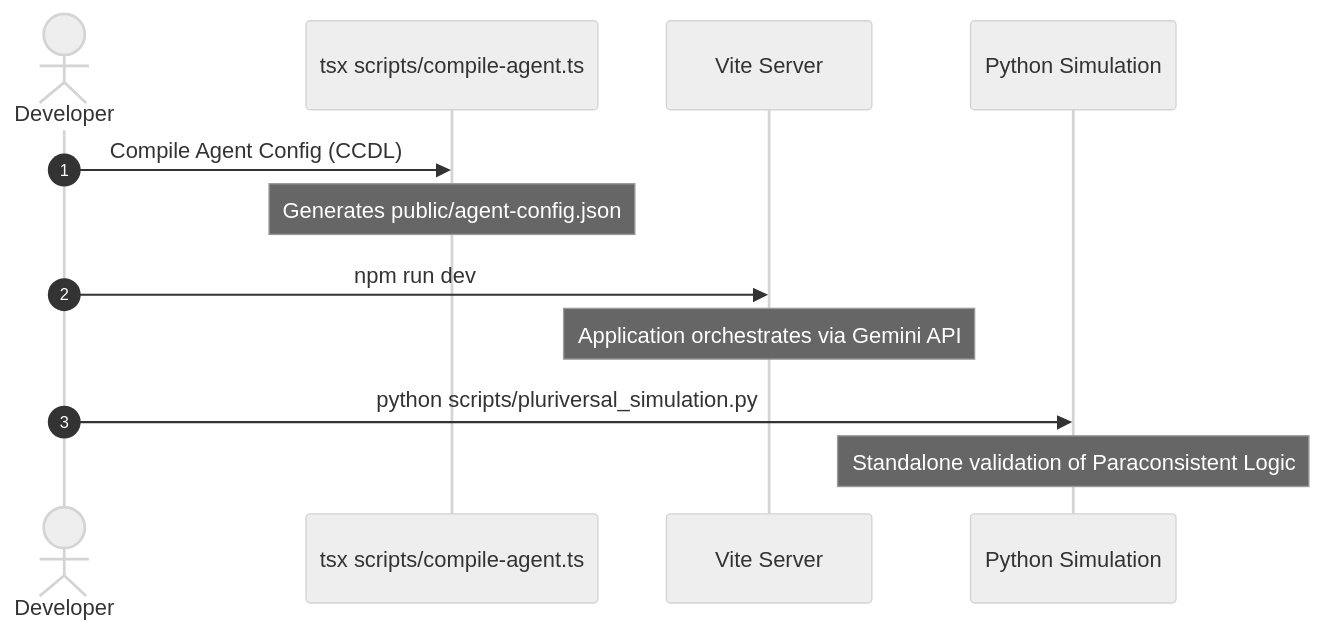
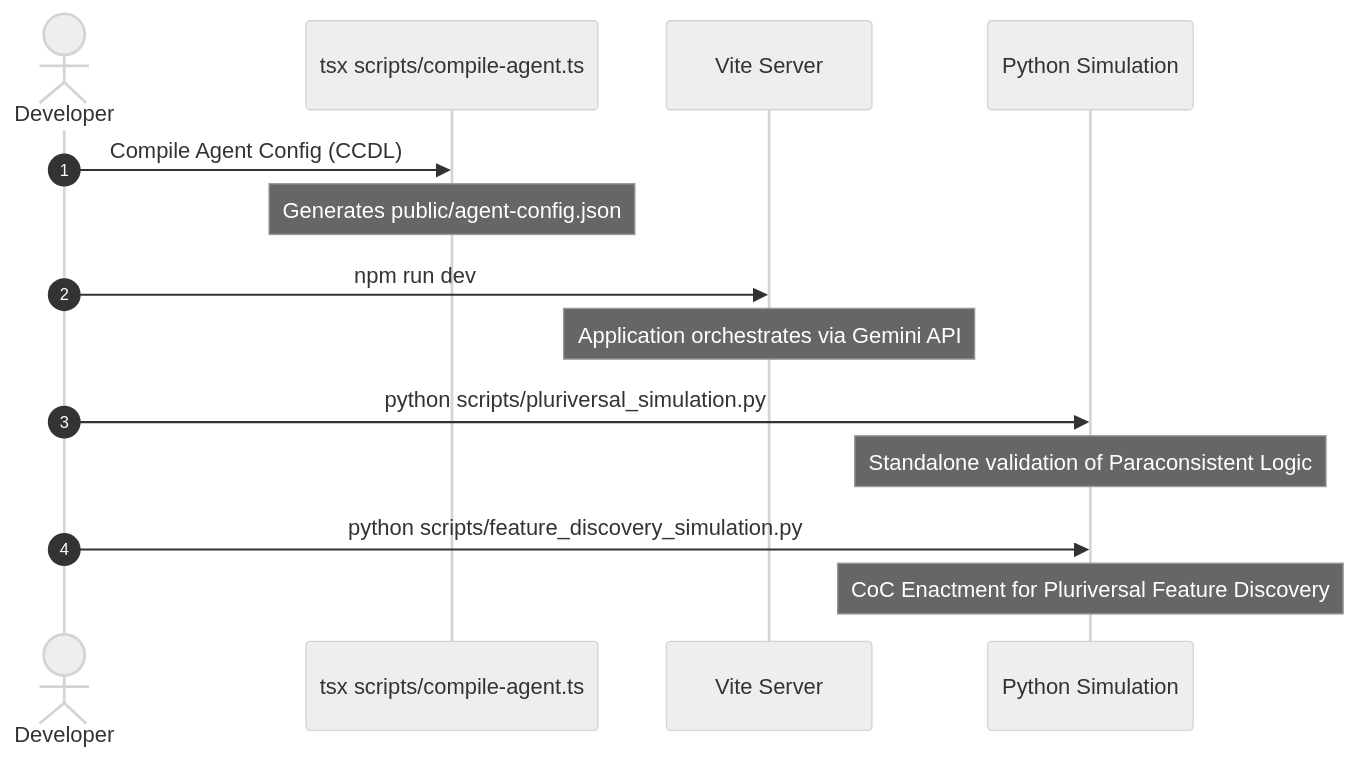
One commit to projectedanx/ACG changed the second of 2 diagrams in 0xCARTO_SYNTHESIS.md. Above: the diagram before and after it, drawn with Mermaid (neutral theme). The commit also changed other lines of this file and 5 other files, not shown here.

Commit message:
feat: Integrate AEW Pluriversal Feature Discovery Agent

````diff
--- a/0xCARTO_SYNTHESIS.md
+++ b/0xCARTO_SYNTHESIS.md
@@ -83,15 +84,17 @@
 ```mermaid
 sequenceDiagram
     autonumber
     actor Dev as Developer
     participant TSX as tsx scripts/compile-agent.ts
     participant Vite as Vite Server
     participant Py as Python Simulation
 
     Dev->>TSX: Compile Agent Config (CCDL)
     Note over TSX: Generates public/agent-config.json
     Dev->>Vite: npm run dev
     Note over Vite: Application orchestrates via Gemini API
     Dev->>Py: python scripts/pluriversal_simulation.py
     Note over Py: Standalone validation of Paraconsistent Logic
+    Dev->>Py: python scripts/feature_discovery_simulation.py
+    Note over Py: CoC Enactment for Pluriversal Feature Discovery
 ```
````
